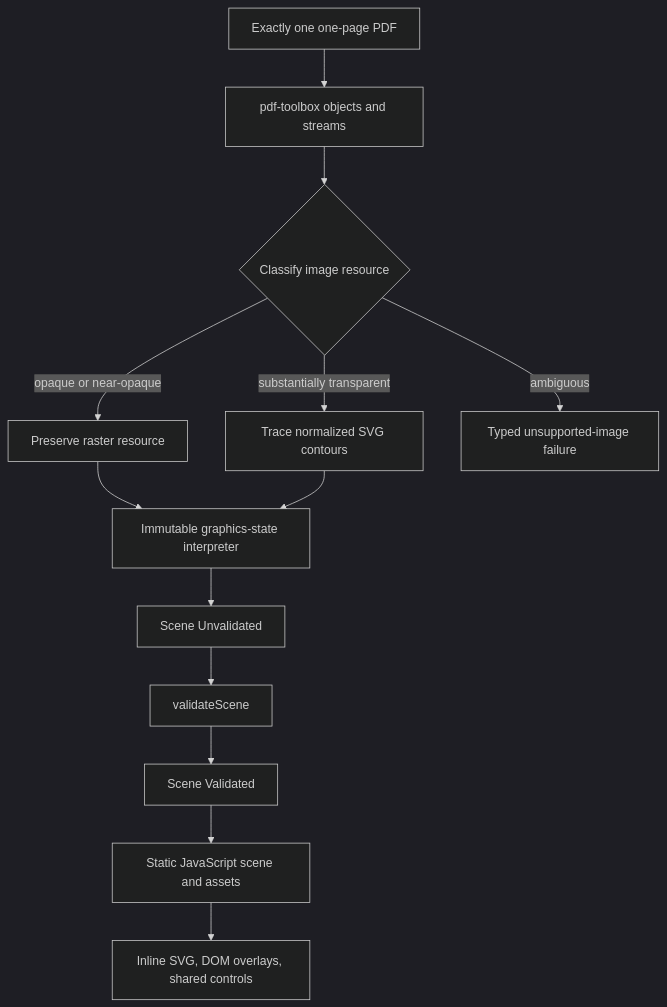
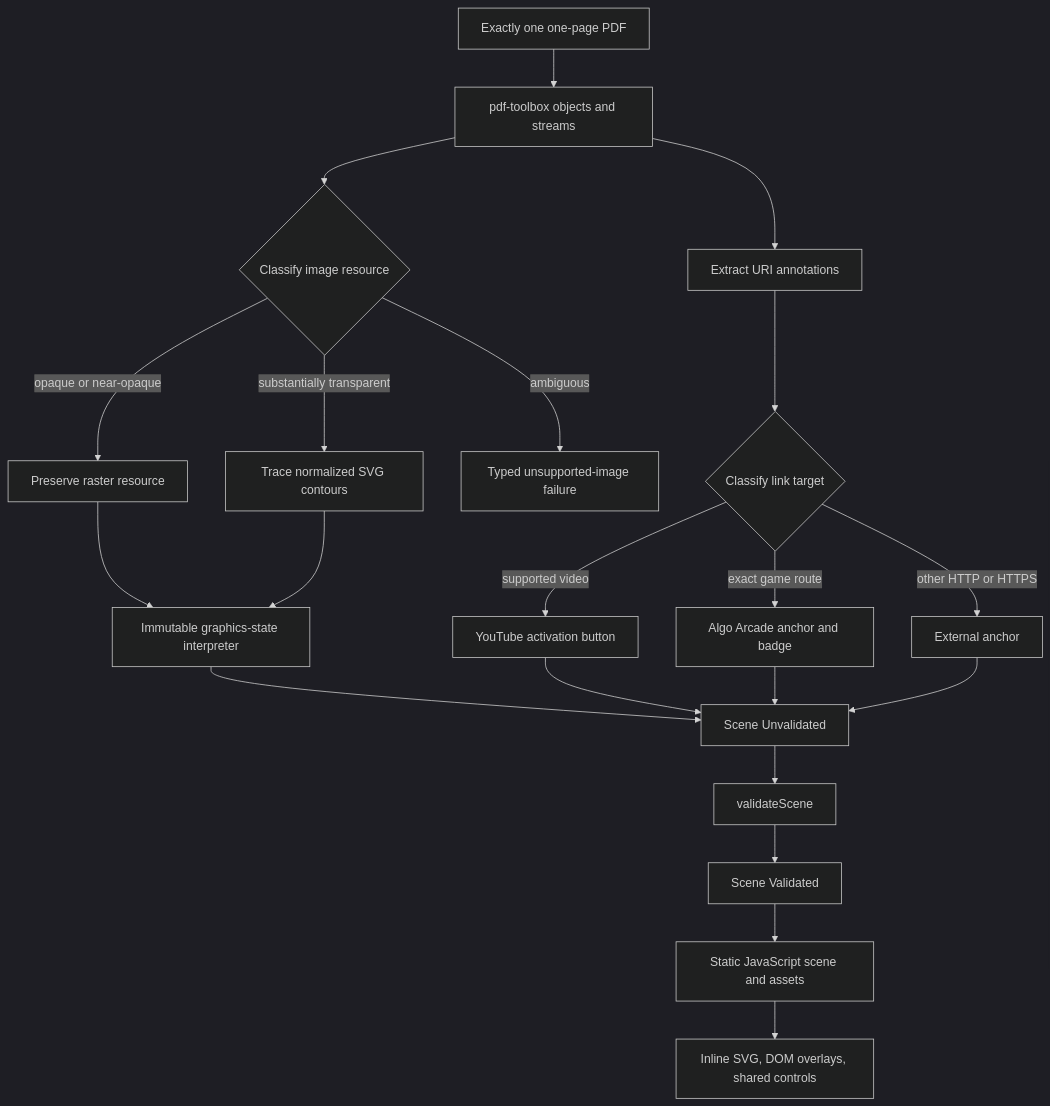
One commit to bajor/notes-website-factory changed the third of 3 diagrams in docs/architecture.md. Above: the diagram before and after it, drawn with Mermaid (dark theme). The commit also changed other lines of this file and 15 other files, not shown here.

Commit message:
Document interactive game link behavior

````diff
--- a/docs/architecture.md
+++ b/docs/architecture.md
@@ -75,23 +75,36 @@
 ```mermaid
 flowchart TD
   Input[Exactly one one-page PDF]
   Parse[pdf-toolbox objects and streams]
   Classify{Classify image resource}
   Raster[Preserve raster resource]
   Vector[Trace normalized SVG contours]
   Reject[Typed unsupported-image failure]
+  Links[Extract URI annotations]
+  Target{Classify link target}
+  YouTube[YouTube activation button]
+  Game[Algo Arcade anchor and badge]
+  External[External anchor]
   Interpret[Immutable graphics-state interpreter]
   Raw[Scene Unvalidated]
   Validate[validateScene]
   Valid[Scene Validated]
   Emit[Static JavaScript scene and assets]
   Browser[Inline SVG, DOM overlays, shared controls]
 
   Input --> Parse --> Classify
+  Parse --> Links --> Target
   Classify -->|opaque or near-opaque| Raster
   Classify -->|substantially transparent| Vector
   Classify -->|ambiguous| Reject
+  Target -->|supported video| YouTube
+  Target -->|exact game route| Game
+  Target -->|other HTTP or HTTPS| External
   Raster --> Interpret
   Vector --> Interpret
-  Interpret --> Raw --> Validate --> Valid --> Emit --> Browser
+  Interpret --> Raw
+  YouTube --> Raw
+  Game --> Raw
+  External --> Raw
+  Raw --> Validate --> Valid --> Emit --> Browser
 ```
````
